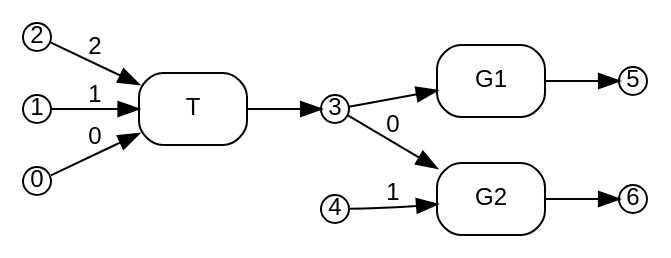
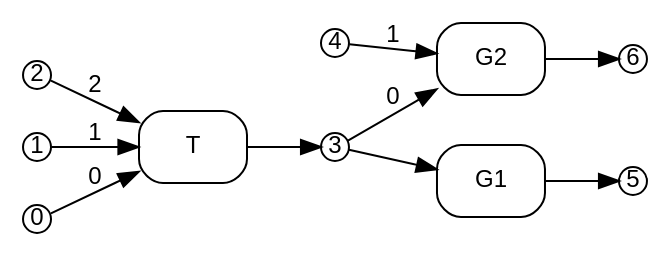
Before and after one commit to ammatsui/bhypvis: the diagram in crates/bhyp/images/test_copy_subst_commute/path2_after_substitution.dot, drawn with Graphviz. The commit also changed other lines of this file and 820 other files, not shown here.

Commit message:
remove reduncancies in architecture design

```diff
--- a/crates/bhyp/images/test_copy_subst_commute/path2_after_substitution.dot
+++ b/crates/bhyp/images/test_copy_subst_commute/path2_after_substitution.dot
@@ -1,34 +1,34 @@
 digraph path2_after_substitution {
   fontname="Helvetica"
   fontsize=12
   rankdir=LR;
   node [fontname="Helvetica", fontsize=12];
   edge [fontname="Helvetica", fontsize=12];
 
   // Nodes
-  n6 [label="6", shape=circle, style=filled, fillcolor=white, color="black", width=0.2, height=0.2, fixedsize=true];
   n3 [label="3", shape=circle, style=filled, fillcolor=white, color="black", width=0.2, height=0.2, fixedsize=true];
+  n4 [label="4", shape=circle, style=filled, fillcolor=white, color="black", width=0.2, height=0.2, fixedsize=true];
+  n5 [label="5", shape=circle, style=filled, fillcolor=white, color="black", width=0.2, height=0.2, fixedsize=true];
   n2 [label="2", shape=circle, style=filled, fillcolor=white, color="black", width=0.2, height=0.2, fixedsize=true];
   n1 [label="1", shape=circle, style=filled, fillcolor=white, color="black", width=0.2, height=0.2, fixedsize=true];
-  n4 [label="4", shape=circle, style=filled, fillcolor=white, color="black", width=0.2, height=0.2, fixedsize=true];
-  n5 [label="5", shape=circle, style=filled, fillcolor=white, color="black", width=0.2, height=0.2, fixedsize=true];
+  n6 [label="6", shape=circle, style=filled, fillcolor=white, color="black", width=0.2, height=0.2, fixedsize=true];
   n0 [label="0", shape=circle, style=filled, fillcolor=white, color="black", width=0.2, height=0.2, fixedsize=true];
 
   // Hyperedges
+  e1 [label="G2", shape=box, style=rounded, color="black"];
   e0 [label="T", shape=box, style=rounded, color="black"];
   e2 [label="G1", shape=box, style=rounded, color="black"];
-  e1 [label="G2", shape=box, style=rounded, color="black"];
 
   // Source connections
+  n3 -> e1 [label="0"];
+  n4 -> e1 [label="1"];
   n0 -> e0 [label="0"];
   n1 -> e0 [label="1"];
   n2 -> e0 [label="2"];
   n3 -> e2 [label=""];
-  n3 -> e1 [label="0"];
-  n4 -> e1 [label="1"];
 
   // Target connections
+  e1 -> n6 [label=""];
   e0 -> n3 [label=""];
   e2 -> n5 [label=""];
-  e1 -> n6 [label=""];
 }
```
